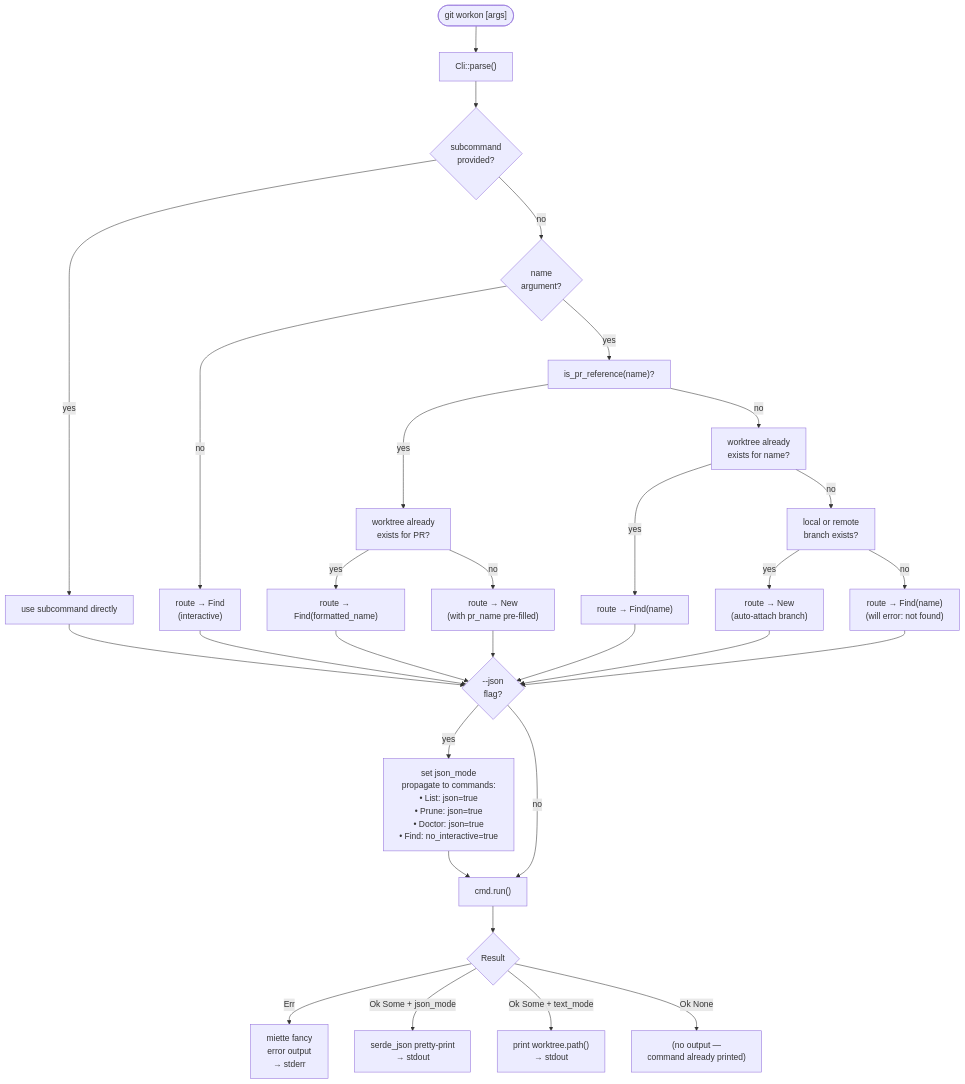
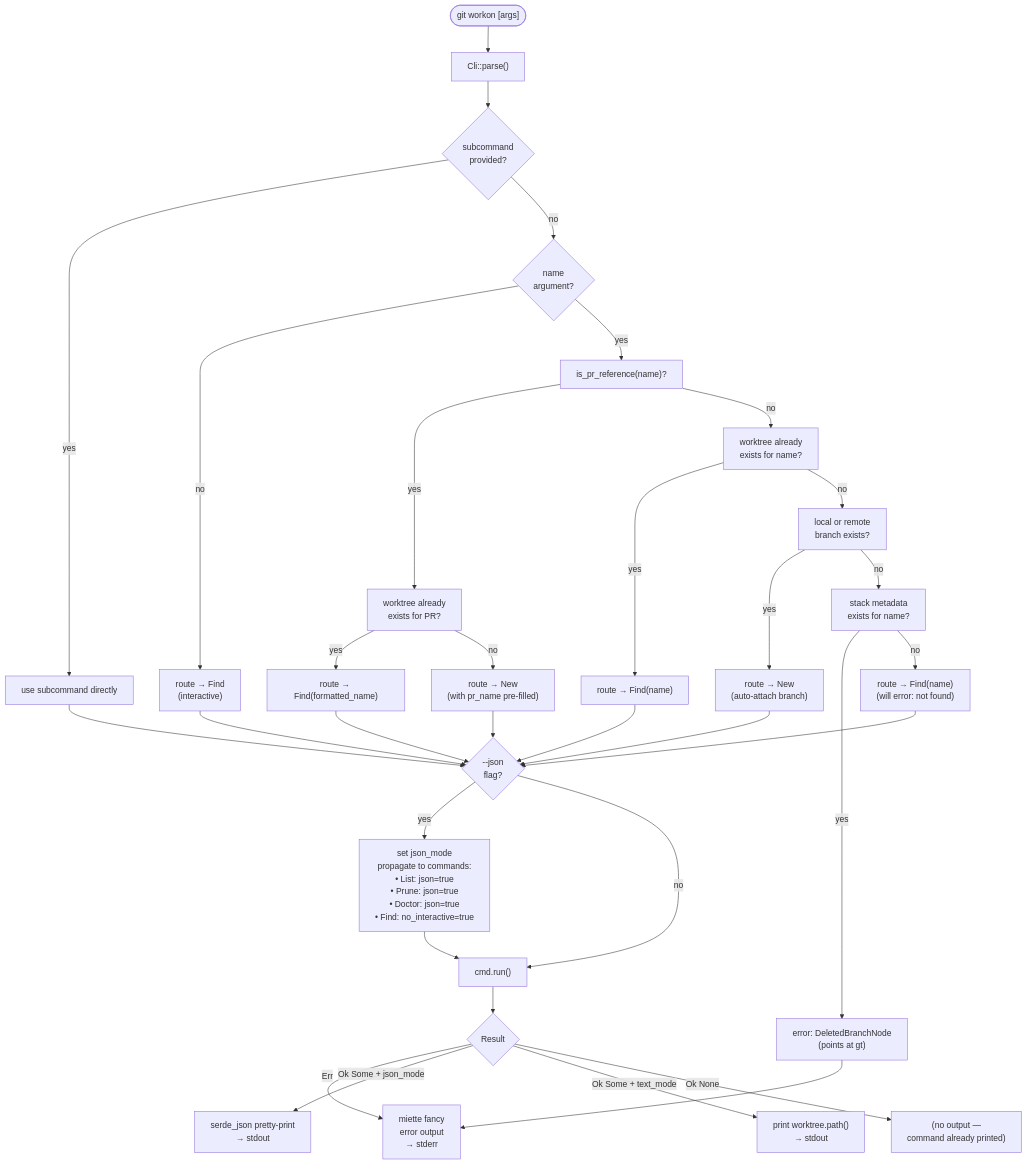
The diagram in docs/diagrams/command-dispatch.md (lettertwo/git-workon), drawn with Mermaid before and after one commit. The commit also changed other lines of this file and 4 other files, not shown here.

Commit message:
feat(cli)!: route deleted stack nodes to structured error

````diff
--- a/docs/diagrams/command-dispatch.md
+++ b/docs/diagrams/command-dispatch.md
@@ -5,44 +5,47 @@
 ```mermaid
 flowchart TD
     START(["`git workon [args]`"]) --> PARSE["Cli::parse()"]
     PARSE --> HAS_CMD{subcommand\nprovided?}
 
     HAS_CMD -->|yes| DIRECT["use subcommand directly"]
 
     HAS_CMD -->|no| HAS_NAME{name\nargument?}
     HAS_NAME -->|no| ROUTE_FIND["route → Find\n(interactive)"]
 
     HAS_NAME -->|yes| IS_PR["is_pr_reference(name)?"]
 
     IS_PR -->|yes| PR_EXISTS["worktree already\nexists for PR?"]
     PR_EXISTS -->|yes| ROUTE_FIND3["route → Find(formatted_name)"]
     PR_EXISTS -->|no| ROUTE_NEW_PR["route → New\n(with pr_name pre-filled)"]
 
     IS_PR -->|no| WT_EXISTS["worktree already\nexists for name?"]
     WT_EXISTS -->|yes| ROUTE_FIND2["route → Find(name)"]
     WT_EXISTS -->|no| BRANCH_EXISTS["local or remote\nbranch exists?"]
     BRANCH_EXISTS -->|yes| ROUTE_NEW_BR["route → New\n(auto-attach branch)"]
-    BRANCH_EXISTS -->|no| ROUTE_FIND4["route → Find(name)\n(will error: not found)"]
+    BRANCH_EXISTS -->|no| DELETED_NODE_CHECK["stack metadata\nexists for name?"]
+    DELETED_NODE_CHECK -->|yes| ERROR_DELETED["error: DeletedBranchNode\n(points at gt)"]
+    DELETED_NODE_CHECK -->|no| ROUTE_FIND4["route → Find(name)\n(will error: not found)"]
 
     DIRECT --> JSON_PROP
     ROUTE_FIND --> JSON_PROP
     ROUTE_FIND2 --> JSON_PROP
     ROUTE_FIND3 --> JSON_PROP
     ROUTE_FIND4 --> JSON_PROP
     ROUTE_NEW_PR --> JSON_PROP
     ROUTE_NEW_BR --> JSON_PROP
+    ERROR_DELETED --> MIETTE
 
     JSON_PROP{"--json\nflag?"}
     JSON_PROP -->|yes| SET_JSON["set json_mode\npropagate to commands:\n• List: json=true\n• Prune: json=true\n• Doctor: json=true\n• Find: no_interactive=true"]
     JSON_PROP -->|no| RUN_CMD
 
     SET_JSON --> RUN_CMD["cmd.run()"]
 
     RUN_CMD --> RESULT{Result<Option\nWorktree>}
 
     RESULT -->|Err| MIETTE["miette fancy\nerror output\n→ stderr"]
 
     RESULT -->|Ok Some + json_mode| JSON_OUT["serde_json pretty-print\n→ stdout"]
     RESULT -->|Ok Some + text_mode| PATH_OUT["print worktree.path()\n→ stdout"]
     RESULT -->|Ok None| SILENT["(no output —\ncommand already printed)"]
 ```
````
